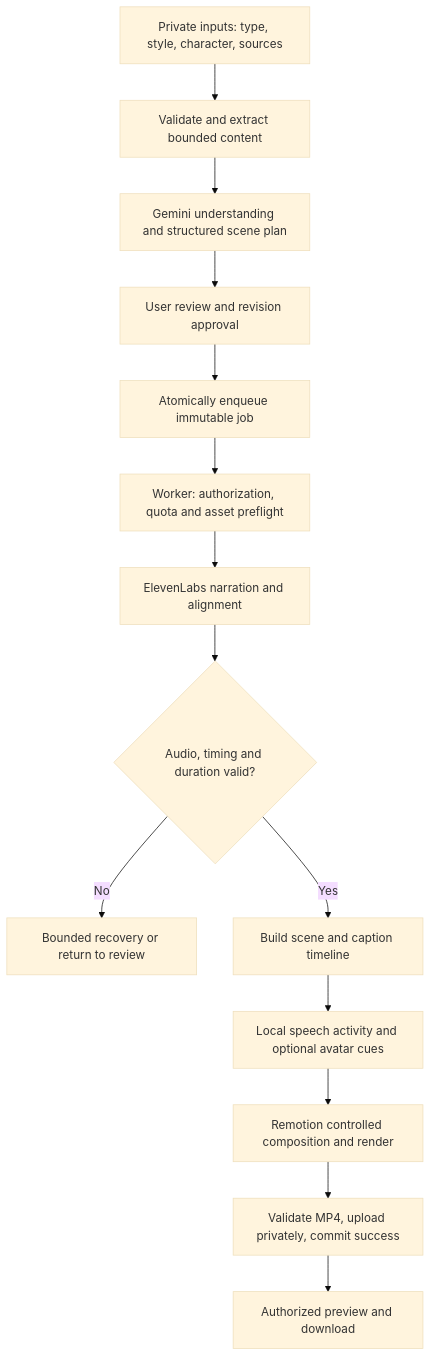
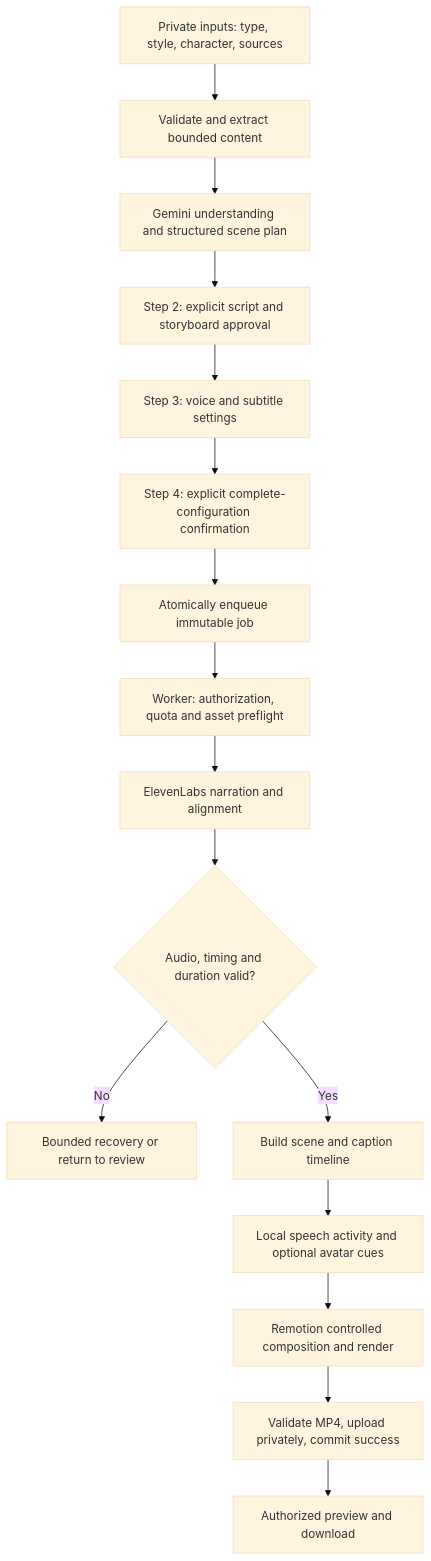
One commit to Hamdhan-Naheem/AI-video-generator changed the second of 2 diagrams in docs/PRD.md. Above: the diagram before and after it, drawn with Mermaid (base theme). The commit also changed other lines of this file and 9 other files, not shown here.

````diff
--- a/docs/PRD.md
+++ b/docs/PRD.md
@@ -422,16 +436,18 @@
 ```mermaid
 flowchart TD
     A[Private inputs: type, style, character, sources] --> B[Validate and extract bounded content]
     B --> C[Gemini understanding and structured scene plan]
-    C --> D[User review and revision approval]
-    D --> E[Atomically enqueue immutable job]
+    C --> D[Step 2: explicit script and storyboard approval]
+    D --> V[Step 3: voice and subtitle settings]
+    V --> P[Step 4: explicit complete-configuration confirmation]
+    P --> E[Atomically enqueue immutable job]
     E --> F[Worker: authorization, quota and asset preflight]
     F --> G[ElevenLabs narration and alignment]
     G --> H{Audio, timing and duration valid?}
     H -->|No| I[Bounded recovery or return to review]
     H -->|Yes| J[Build scene and caption timeline]
     J --> K[Local speech activity and optional avatar cues]
     K --> L[Remotion controlled composition and render]
     L --> M[Validate MP4, upload privately, commit success]
     M --> N[Authorized preview and download]
 ```
````
